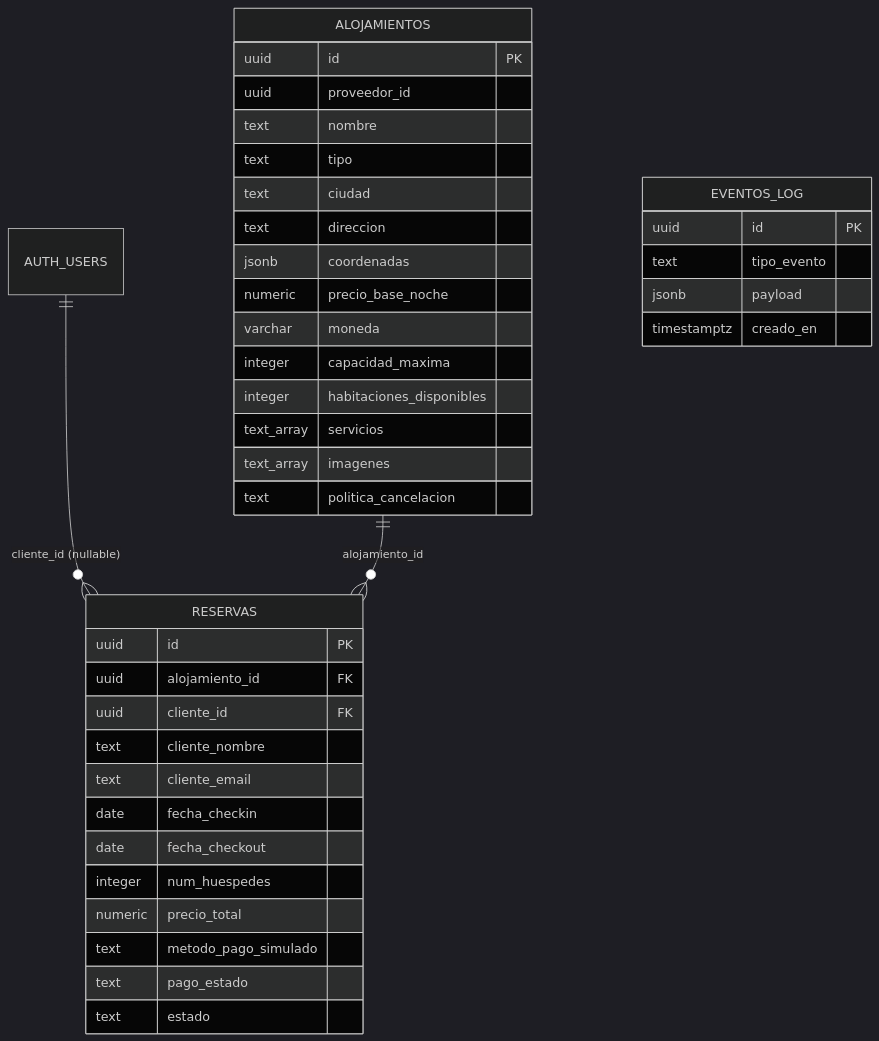
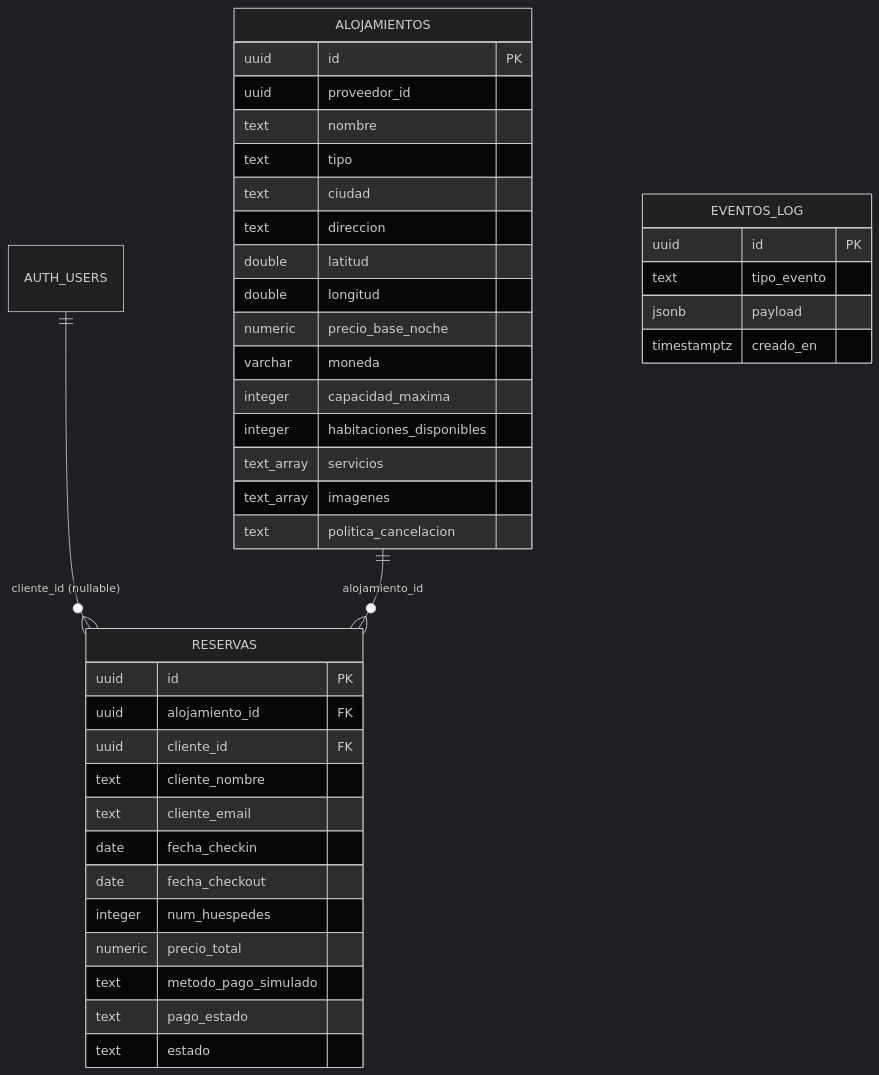
One commit to morenokarol10/booking-alojamiento changed the diagram in README.md. Above: the diagram before and after it, drawn with Mermaid (dark theme). The commit also changed other lines of this file and 6 other files, not shown here.

Commit message:
fix: eliminar columna coordenadas y mapear latitud/longitud a Supabase

````diff
--- a/README.md
+++ b/README.md
@@ -269,41 +270,42 @@
 ```mermaid
 erDiagram
     AUTH_USERS ||--o{ RESERVAS : "cliente_id (nullable)"
     ALOJAMIENTOS ||--o{ RESERVAS : "alojamiento_id"
     ALOJAMIENTOS {
         uuid id PK
         uuid proveedor_id
         text nombre
         text tipo
         text ciudad
         text direccion
-        jsonb coordenadas
+        double latitud
+        double longitud
         numeric precio_base_noche
         varchar moneda
         integer capacidad_maxima
         integer habitaciones_disponibles
         text_array servicios
         text_array imagenes
         text politica_cancelacion
     }
     RESERVAS {
         uuid id PK
         uuid alojamiento_id FK
         uuid cliente_id FK
         text cliente_nombre
         text cliente_email
         date fecha_checkin
         date fecha_checkout
         integer num_huespedes
         numeric precio_total
         text metodo_pago_simulado
         text pago_estado
         text estado
     }
     EVENTOS_LOG {
         uuid id PK
         text tipo_evento
         jsonb payload
         timestamptz creado_en
     }
 ```
````
